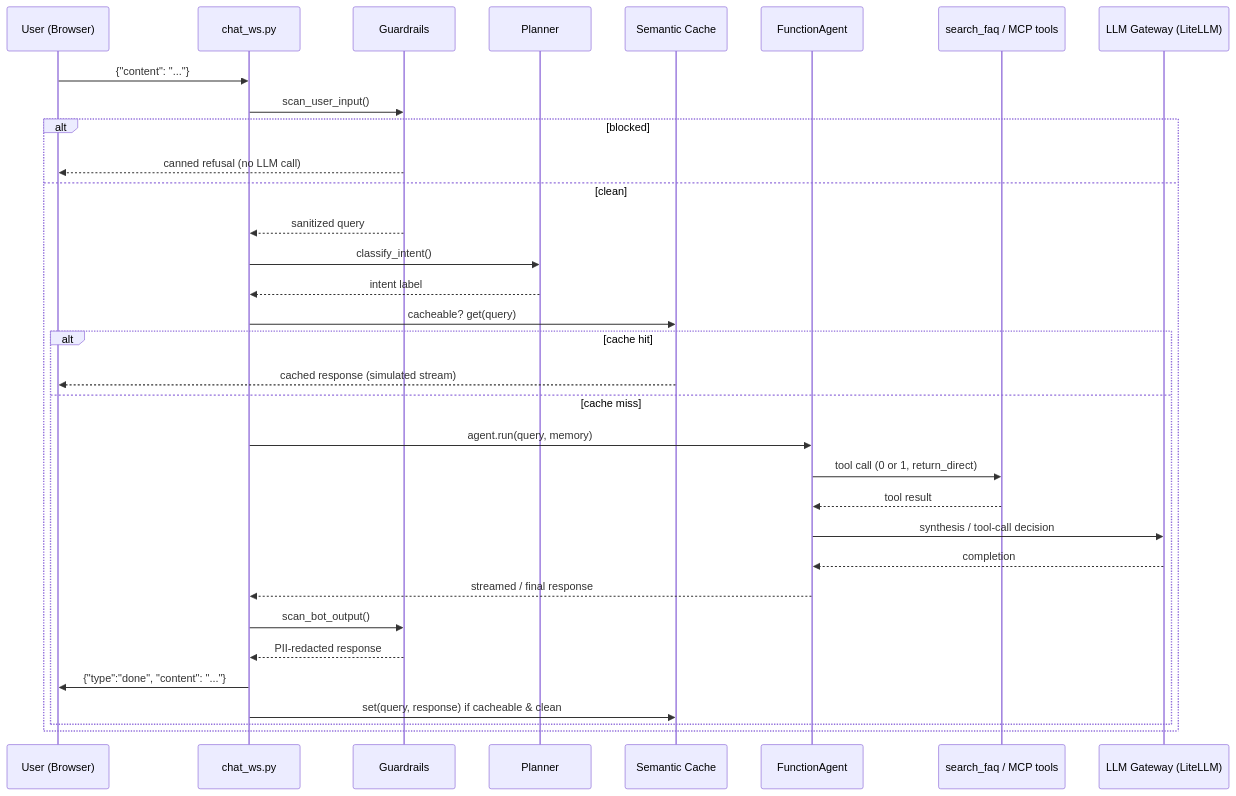
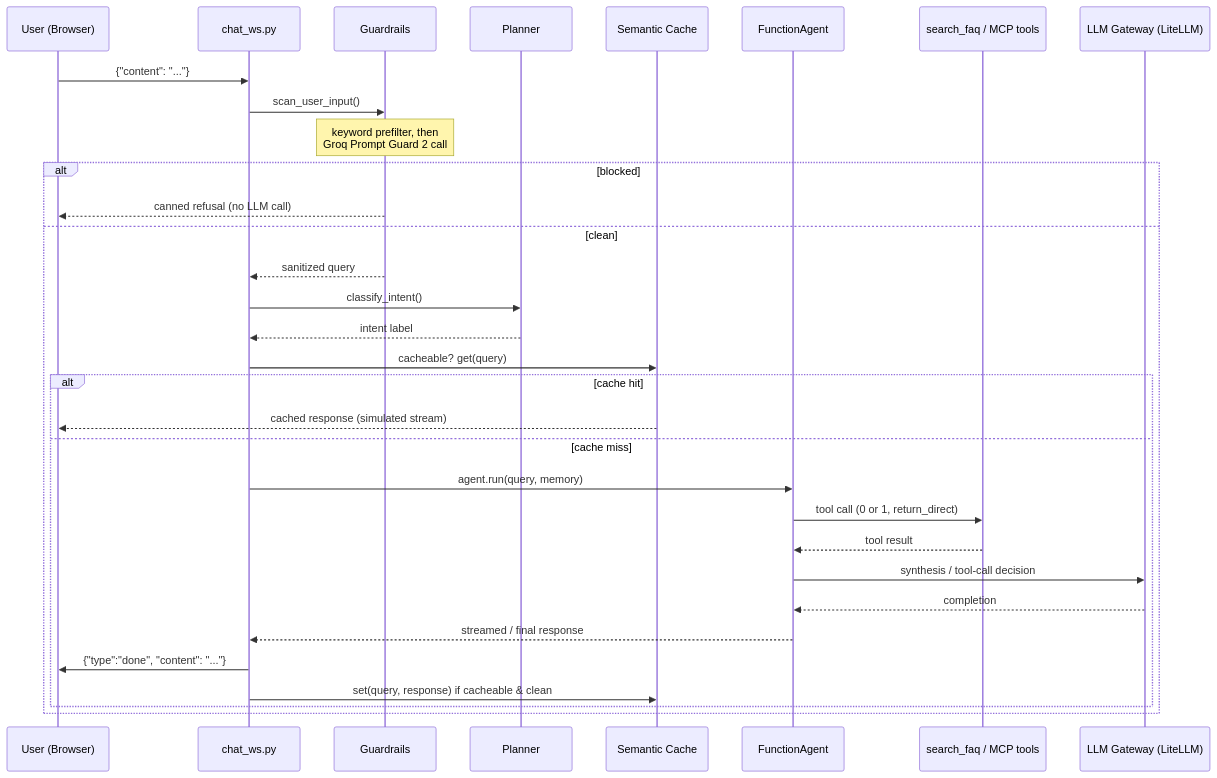
Before and after one commit to Soban-2004/Agentic-RAG-Customer-Support-Platform-Flipkart-FAQ-: the second of 3 diagrams in README.md, drawn with Mermaid. The commit also changed other lines of this file and 7 other files, not shown here.

````diff
--- a/README.md
+++ b/README.md
@@ -111,36 +110,35 @@
 ```mermaid
 sequenceDiagram
     participant U as User (Browser)
     participant WS as chat_ws.py
     participant G as Guardrails
     participant P as Planner
     participant C as Semantic Cache
     participant A as FunctionAgent
     participant T as search_faq / MCP tools
     participant L as LLM Gateway (LiteLLM)
 
     U->>WS: {"content": "..."}
     WS->>G: scan_user_input()
+    Note over G: keyword prefilter, then<br/>Groq Prompt Guard 2 call
     alt blocked
         G-->>U: canned refusal (no LLM call)
     else clean
         G-->>WS: sanitized query
         WS->>P: classify_intent()
         P-->>WS: intent label
         WS->>C: cacheable? get(query)
         alt cache hit
             C-->>U: cached response (simulated stream)
         else cache miss
             WS->>A: agent.run(query, memory)
             A->>T: tool call (0 or 1, return_direct)
             T-->>A: tool result
             A->>L: synthesis / tool-call decision
             L-->>A: completion
             A-->>WS: streamed / final response
-            WS->>G: scan_bot_output()
-            G-->>WS: PII-redacted response
             WS->>U: {"type":"done", "content": "..."}
             WS->>C: set(query, response) if cacheable & clean
         end
     end
 ```
````
